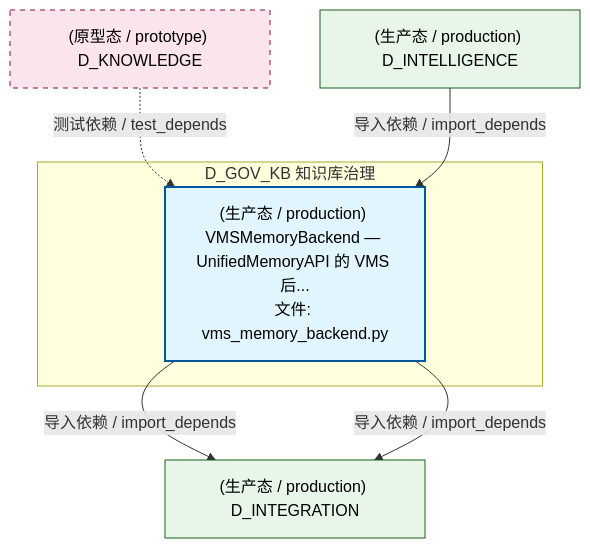
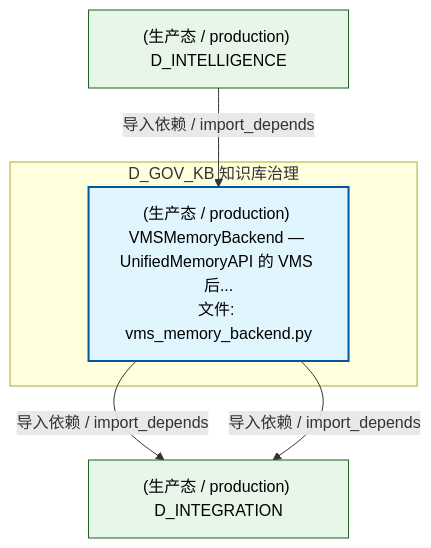
The second of 5 diagrams in docs/02_enterprise_architecture/02_domain_architecture_docs/43_d_gov_kb.md (xuanFelixVan/ZephyrAlpha), drawn with Mermaid before and after one commit. The commit also changed other lines of this file and 126 other files, not shown here.

````diff
--- a/docs/02_enterprise_architecture/02_domain_architecture_docs/43_d_gov_kb.md
+++ b/docs/02_enterprise_architecture/02_domain_architecture_docs/43_d_gov_kb.md
@@ -193,20 +183,17 @@
 ```mermaid
 graph TD
     subgraph D_GOV_KB["D_GOV_KB 知识库治理"]
         src_zephyr_gov_kb_vms_memory_backend_py["(生产态 / production) VMSMemoryBackend — UnifiedMemoryAPI 的 VMS 后...<br/>文件: vms_memory_backend.py"]
     end
     D_INTEGRATION["(生产态 / production) D_INTEGRATION"]
     src_zephyr_gov_kb_vms_memory_backend_py -->|导入依赖 / import_depends| D_INTEGRATION
     src_zephyr_gov_kb_vms_memory_backend_py -->|导入依赖 / import_depends| D_INTEGRATION
-    D_KNOWLEDGE["(原型态 / prototype) D_KNOWLEDGE"]
-    D_KNOWLEDGE -.->|测试依赖 / test_depends| src_zephyr_gov_kb_vms_memory_backend_py
     D_INTELLIGENCE["(生产态 / production) D_INTELLIGENCE"]
     D_INTELLIGENCE -->|导入依赖 / import_depends| src_zephyr_gov_kb_vms_memory_backend_py
     classDef production fill:#e1f5fe,stroke:#01579b,stroke-width:2px,color:#000
     classDef design fill:#fff3e0,stroke:#e65100,stroke-width:2px,color:#000,stroke-dasharray: 5 5
     classDef external_prod fill:#e8f5e9,stroke:#1b5e20,stroke-width:1px,color:#000
     classDef external_design fill:#fce4ec,stroke:#880e4f,stroke-width:1px,color:#000,stroke-dasharray: 5 5
     class src_zephyr_gov_kb_vms_memory_backend_py production
     class D_INTEGRATION,D_INTELLIGENCE external_prod
-    class D_KNOWLEDGE external_design
 ```
````
